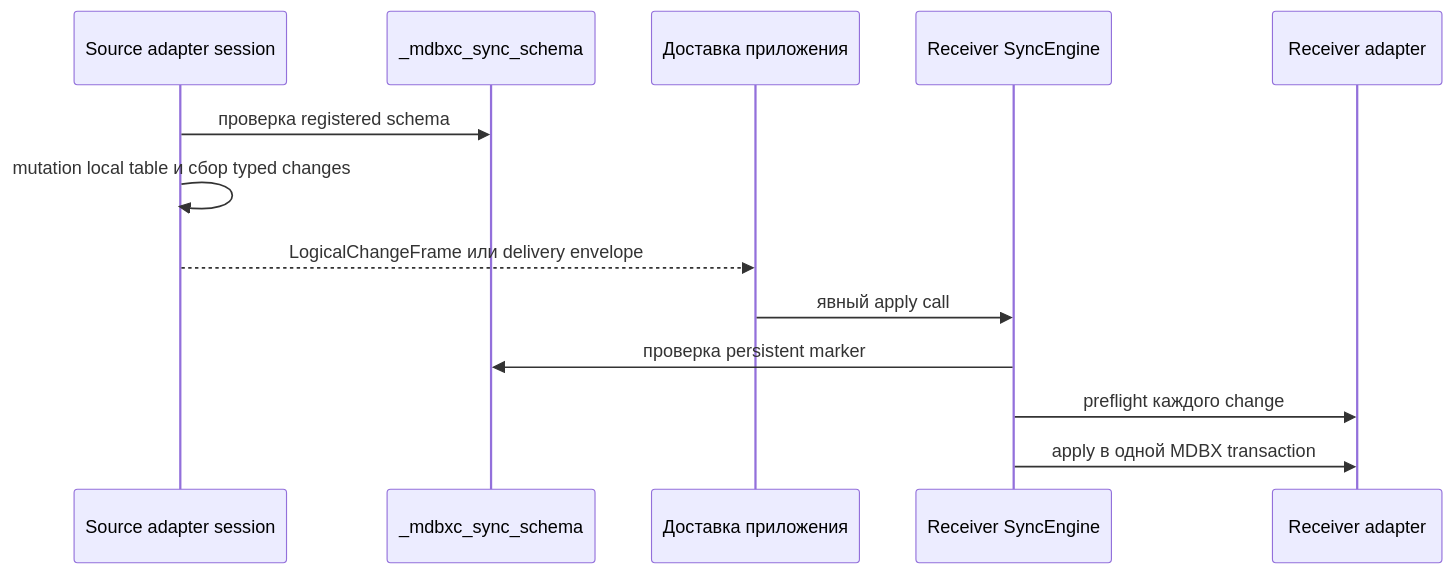
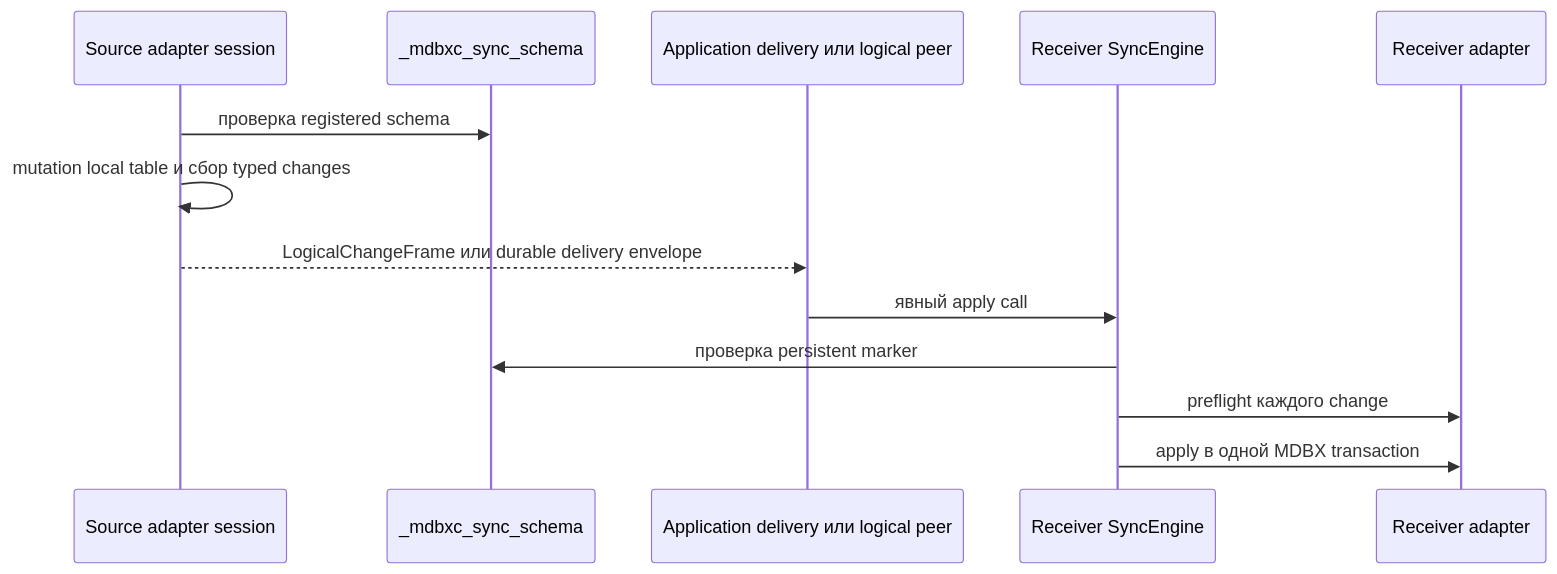
Before and after one commit to LimiNode/mdbx-containers: the first of 2 diagrams in docs/sync-logical-RU.md, drawn with Mermaid. The commit also changed other lines of this file and 19 other files, not shown here.

````diff
--- a/docs/sync-logical-RU.md
+++ b/docs/sync-logical-RU.md
@@ -28,16 +30,16 @@
 ```mermaid
 sequenceDiagram
     participant S as Source adapter session
     participant Schema as _mdbxc_sync_schema
-    participant Wire as Доставка приложения
+    participant Wire as Application delivery или logical peer
     participant E as Receiver SyncEngine
     participant A as Receiver adapter
 
     S->>Schema: проверка registered schema
     S->>S: mutation local table и сбор typed changes
-    S-->>Wire: LogicalChangeFrame или delivery envelope
+    S-->>Wire: LogicalChangeFrame или durable delivery envelope
     Wire->>E: явный apply call
     E->>Schema: проверка persistent marker
     E->>A: preflight каждого change
     E->>A: apply в одной MDBX transaction
 ```
````
